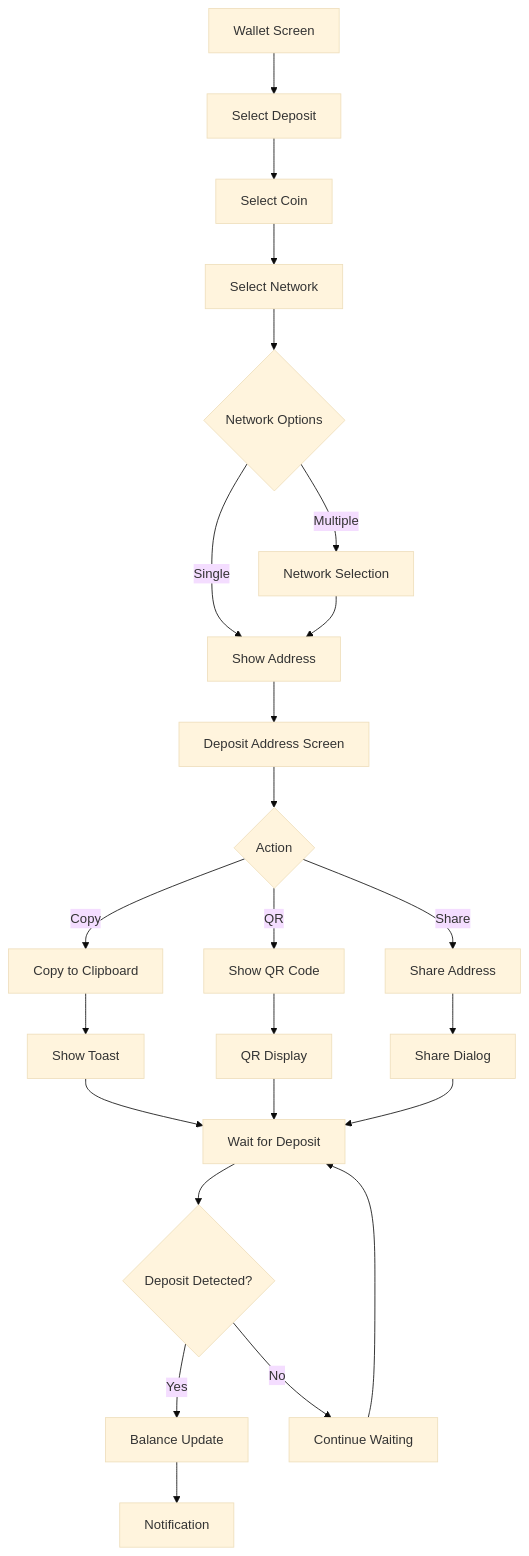
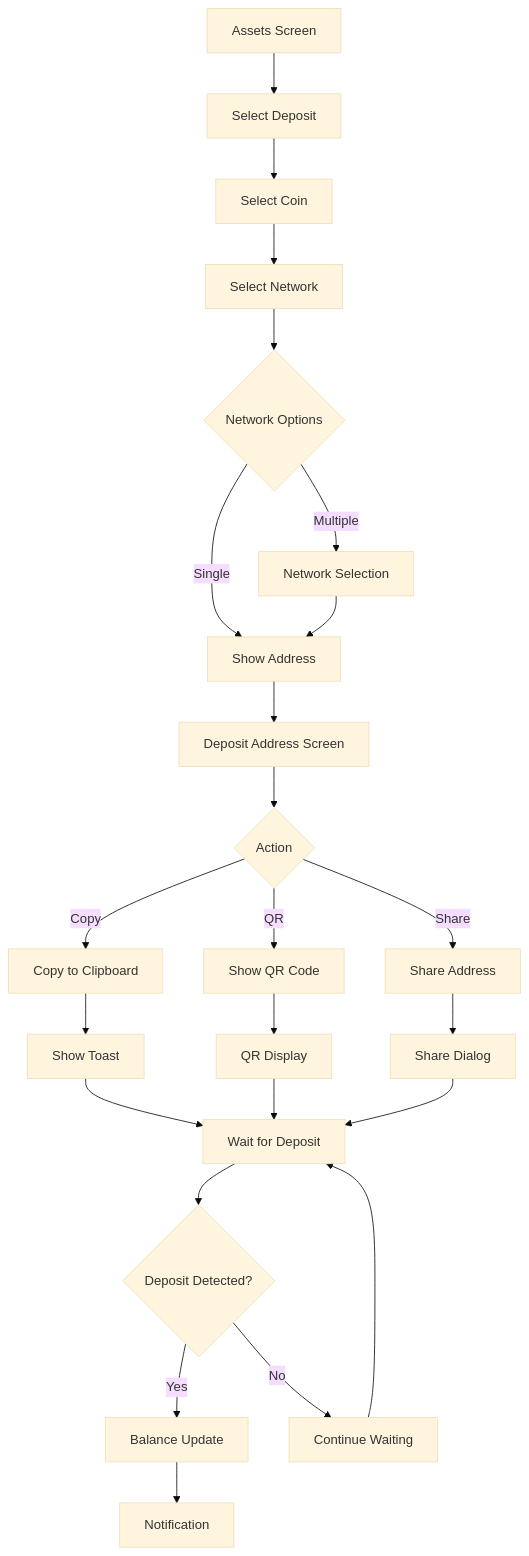
Before and after one commit to pavan53732/Binance-clone-: the fourth of 7 diagrams in docs/13-screen-flows-navigation.md, drawn with Mermaid (base theme). The commit also changed other lines of this file and 5 other files, not shown here.

````diff
--- a/docs/13-screen-flows-navigation.md
+++ b/docs/13-screen-flows-navigation.md
@@ -211,26 +217,26 @@
 ```mermaid
 flowchart TD
-    A[Wallet Screen] --> B[Select Deposit]
+    A[Assets Screen] --> B[Select Deposit]
     B --> C[Select Coin]
     C --> D[Select Network]
     D --> E{Network Options}
     E -->|Single| F[Show Address]
     E -->|Multiple| G[Network Selection]
     G --> F
     F --> H[Deposit Address Screen]
     H --> I{Action}
     I -->|Copy| J[Copy to Clipboard]
     I -->|QR| K[Show QR Code]
     I -->|Share| L[Share Address]
     J --> M[Show Toast]
     K --> N[QR Display]
     L --> O[Share Dialog]
     M --> P[Wait for Deposit]
     N --> P
     O --> P
     P --> Q{Deposit Detected?}
     Q -->|Yes| R[Balance Update]
     Q -->|No| S[Continue Waiting]
     S --> P
     R --> T[Notification]
 ```
````
